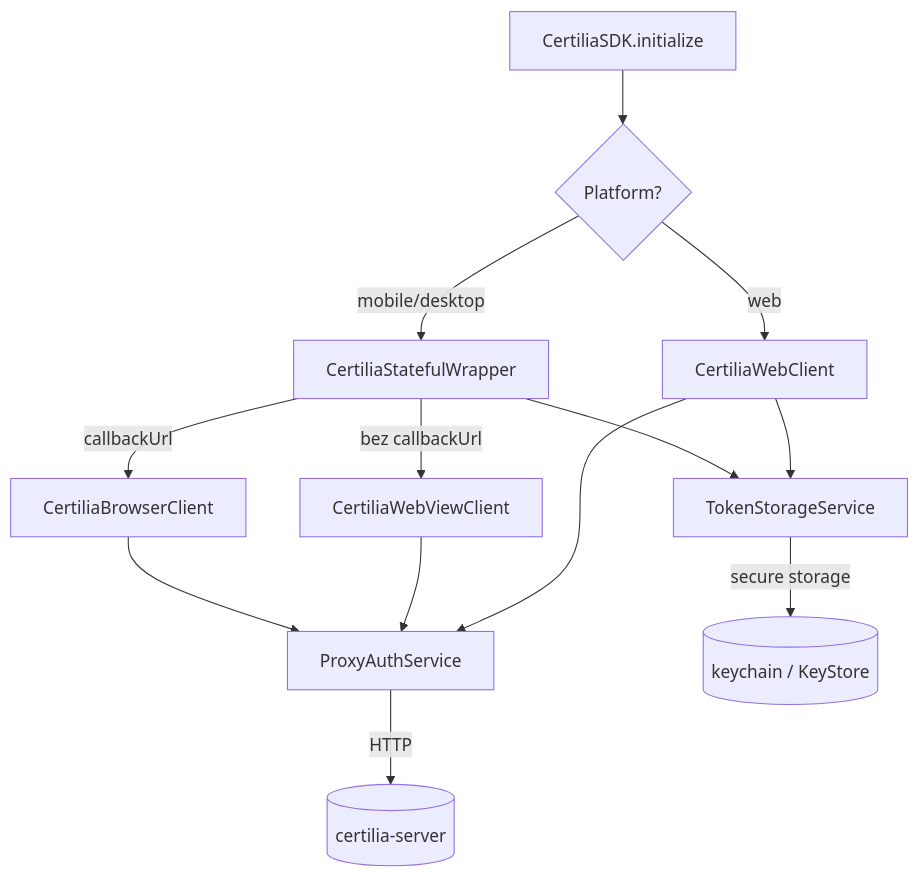
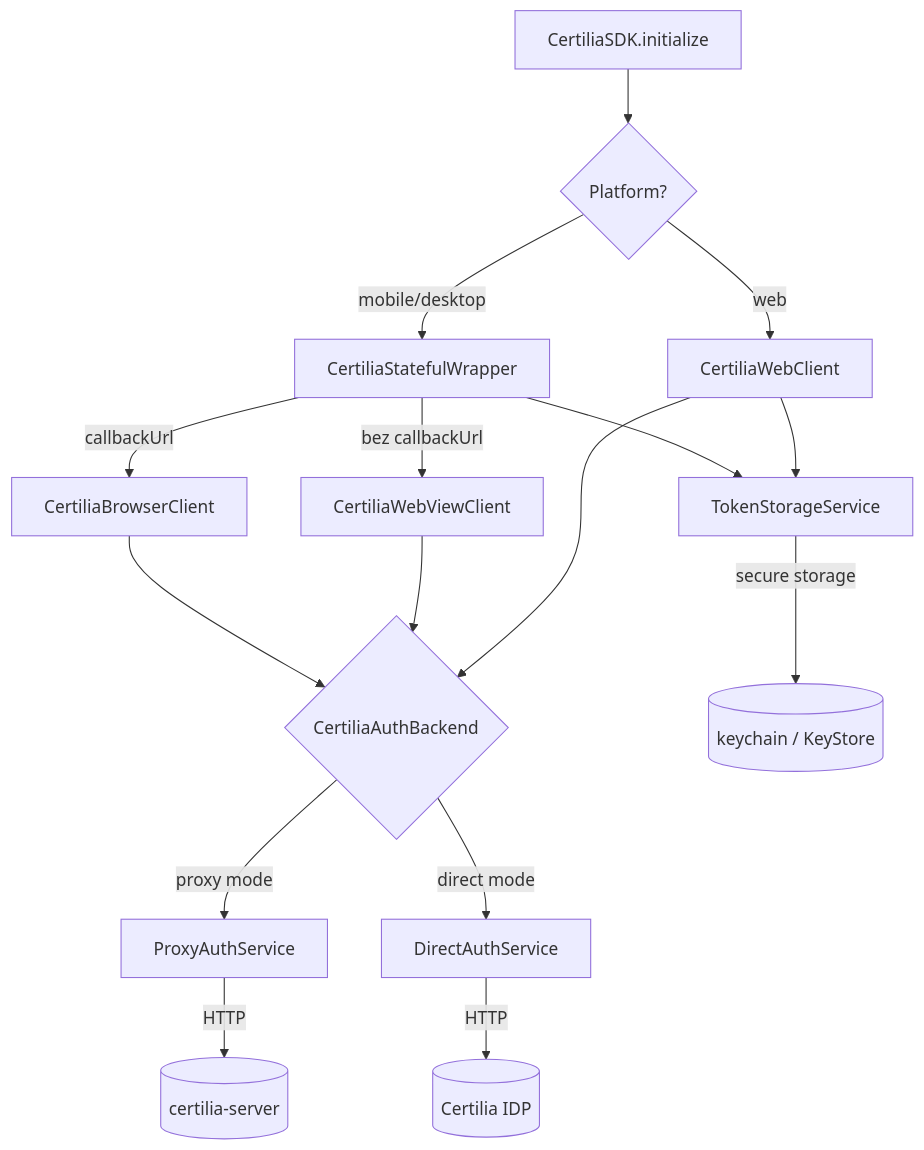
The second of 2 diagrams in CLAUDE.md (stepanic/flutter_certilia), drawn with Mermaid before and after one commit. The commit also changed other lines of this file and 51 other files, not shown here.

````diff
--- a/CLAUDE.md
+++ b/CLAUDE.md
@@ -151,15 +155,18 @@
 ```mermaid
 flowchart TD
     SDK[CertiliaSDK.initialize] --> F{Platform?}
     F -->|web| WC[CertiliaWebClient]
     F -->|mobile/desktop| SW[CertiliaStatefulWrapper]
     SW -->|bez callbackUrl| WV[CertiliaWebViewClient]
     SW -->|callbackUrl| BC[CertiliaBrowserClient]
-    WC --> PAS[ProxyAuthService]
-    WV --> PAS
-    BC --> PAS
+    WC --> B{CertiliaAuthBackend}
+    WV --> B
+    BC --> B
+    B -->|proxy mode| PAS[ProxyAuthService]
+    B -->|direct mode| DAS[DirectAuthService]
     WC --> TSS[TokenStorageService]
     SW --> TSS
     PAS -->|HTTP| Proxy[(certilia-server)]
+    DAS -->|HTTP| IDP[(Certilia IDP)]
     TSS -->|secure storage| Native[(keychain / KeyStore)]
 ```
````
